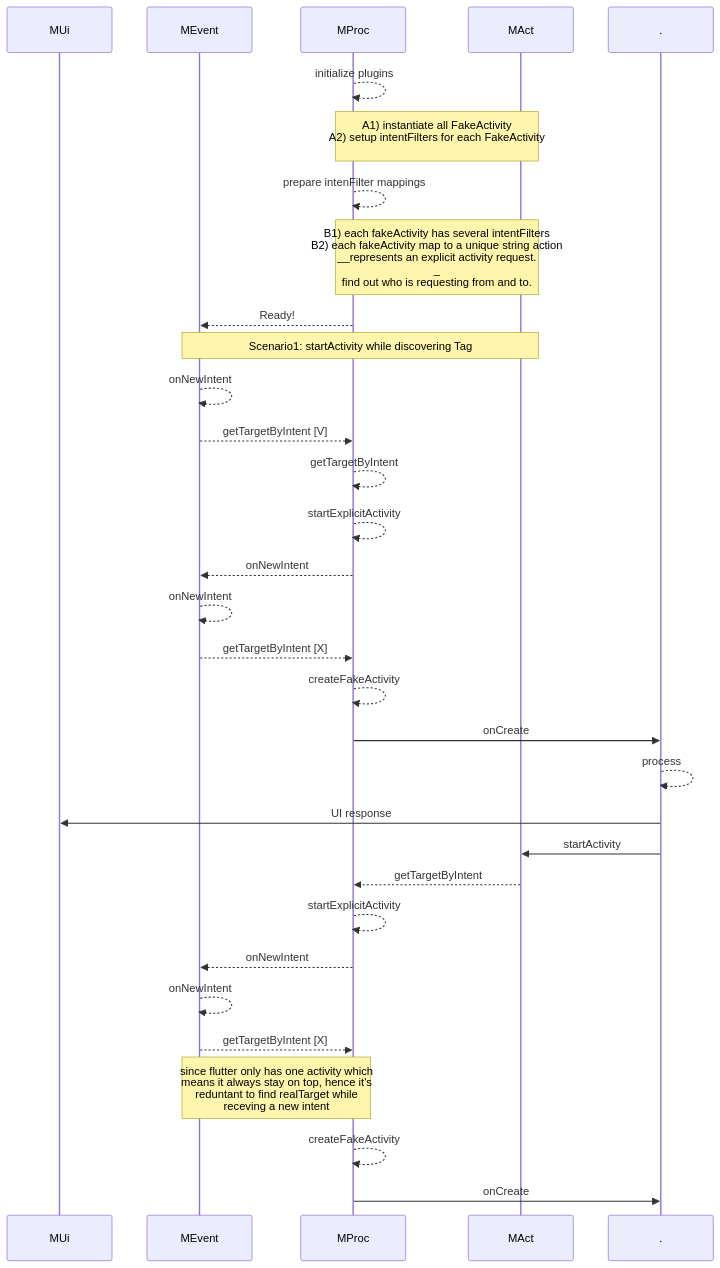
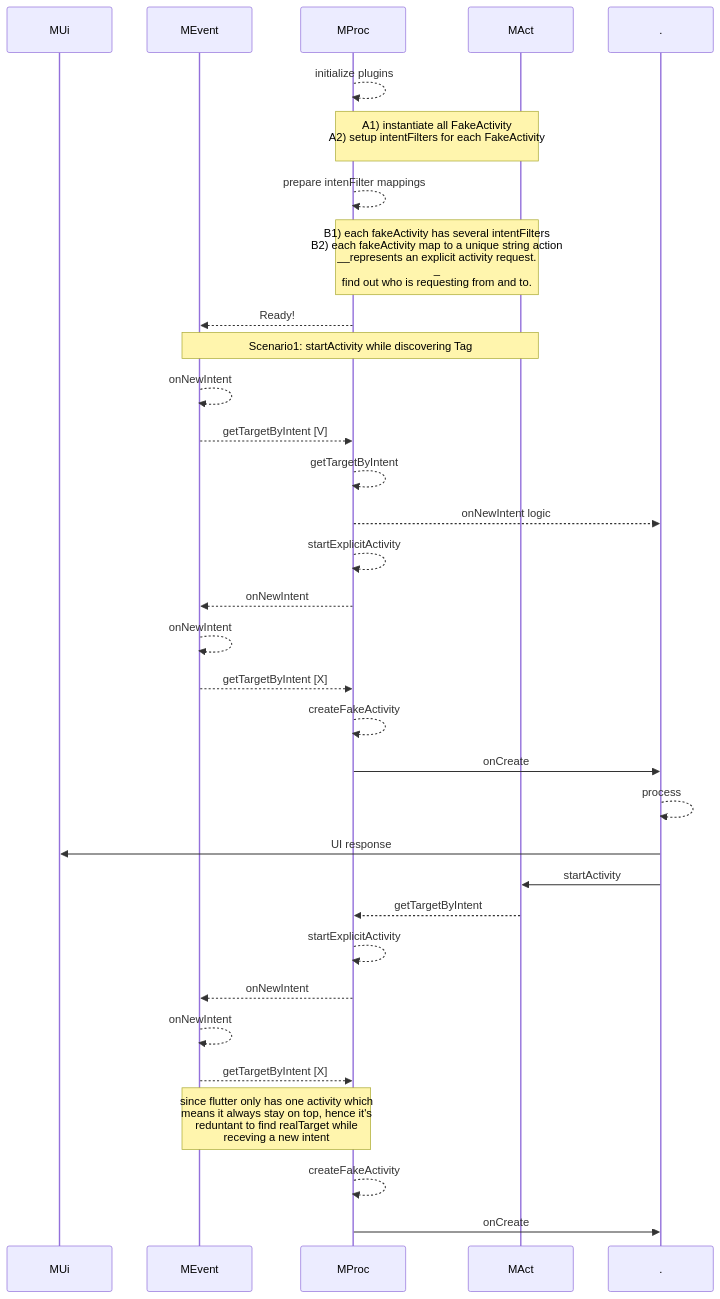
One commit to gordianknotC/nxp_note changed the third of 6 diagrams in flutter/android_to_flutter.md. Above: the diagram before and after it, drawn with Mermaid. The commit also changed other lines of this file, not shown here.

````diff
--- a/flutter/android_to_flutter.md
+++ b/flutter/android_to_flutter.md
@@ -50,44 +50,45 @@
 ```mermaid
 sequenceDiagram
 participant MUi
 participant MEvent
 participant MProc
 participant MAct
 participant .
 
 MProc-->>MProc: initialize plugins
 Note over MProc,MAct: A1) instantiate all FakeActivity<br>A2) setup intentFilters for each FakeActivity<br>
 
 MProc-->>MProc: prepare intenFilter mappings
 Note over MProc, MAct: B1) each fakeActivity has several intentFilters<br>B2) each fakeActivity map to a unique string action<br>__represents an explicit activity request.<br>_<br> find out who is requesting from and to.
 
 MProc-->>MEvent: Ready!
 
 Note over MEvent, MAct: Scenario1: startActivity while discovering Tag
 MEvent-->>MEvent: onNewIntent
 
 MEvent-->>MProc: getTargetByIntent [V]
 MProc-->>MProc: getTargetByIntent
+MProc-->> . : onNewIntent logic
 MProc-->>MProc: startExplicitActivity
 MProc-->>MEvent: onNewIntent
 MEvent-->>MEvent: onNewIntent
 MEvent-->>MProc: getTargetByIntent [X]
 
 MProc-->>MProc: createFakeActivity
 MProc->> . : onCreate
 . -->> . : process
 . ->> MUi: UI response
 . ->> MAct: startActivity
 MAct -->> MProc: getTargetByIntent
 MProc -->> MProc: startExplicitActivity
 MProc -->> MEvent: onNewIntent
 MEvent -->> MEvent: onNewIntent
 MEvent -->> MProc: getTargetByIntent [X]
 
 Note over MEvent, MProc: since flutter only has one activity which<br> means it always stay on top, hence it's<br> reduntant to find realTarget while <br>receving a new intent
 
 MProc -->> MProc: createFakeActivity
 MProc ->> . : onCreate
 
 
 ```
````
